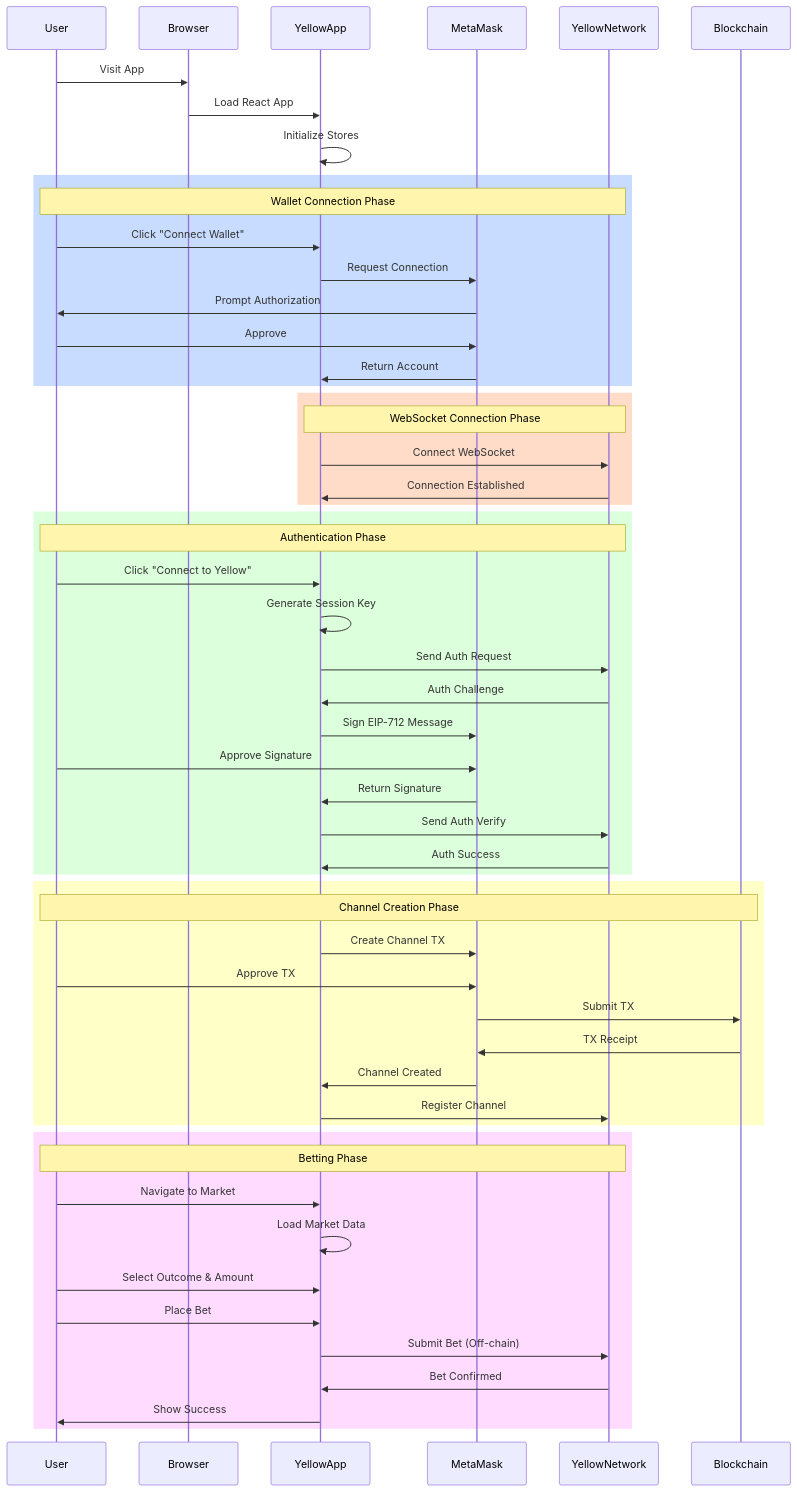
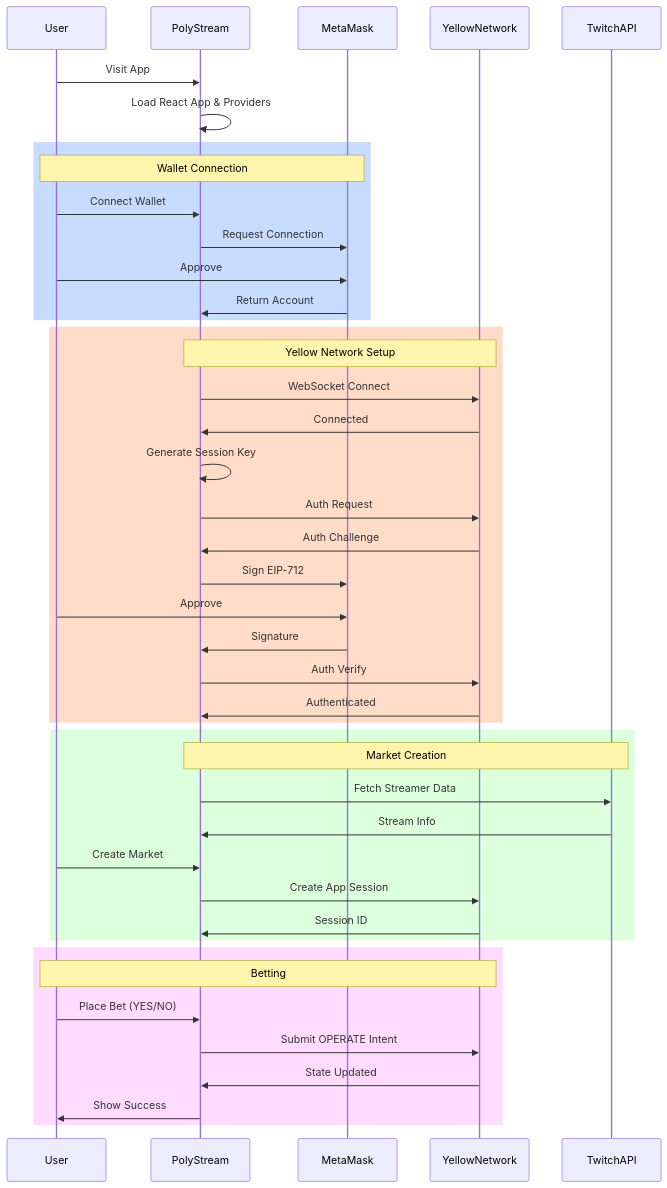
One commit to jael0x/hackmoney-poly-stream changed the first of 4 diagrams in agents/yellow-demo.md. Above: the diagram before and after it, drawn with Mermaid. The commit also changed other lines of this file and 10 other files, not shown here.

````diff
--- a/agents/yellow-demo.md
+++ b/agents/yellow-demo.md
@@ -187,62 +128,50 @@
 ```mermaid
 sequenceDiagram
     participant User
-    participant Browser
-    participant YellowApp
+    participant PolyStream
     participant MetaMask
     participant YellowNetwork
-    participant Blockchain
+    participant TwitchAPI
 
-    User->>Browser: Visit App
-    Browser->>YellowApp: Load React App
-    YellowApp->>YellowApp: Initialize Stores
+    User->>PolyStream: Visit App
+    PolyStream->>PolyStream: Load React App & Providers
 
     rect rgb(200, 220, 255)
-        Note over User,YellowNetwork: Wallet Connection Phase
-        User->>YellowApp: Click "Connect Wallet"
-        YellowApp->>MetaMask: Request Connection
-        MetaMask->>User: Prompt Authorization
+        Note over User,MetaMask: Wallet Connection
+        User->>PolyStream: Connect Wallet
+        PolyStream->>MetaMask: Request Connection
         User->>MetaMask: Approve
-        MetaMask->>YellowApp: Return Account
+        MetaMask->>PolyStream: Return Account
     end
 
     rect rgb(255, 220, 200)
-        Note over YellowApp,YellowNetwork: WebSocket Connection Phase
-        YellowApp->>YellowNetwork: Connect WebSocket
-        YellowNetwork->>YellowApp: Connection Established
+        Note over PolyStream,YellowNetwork: Yellow Network Setup
+        PolyStream->>YellowNetwork: WebSocket Connect
+        YellowNetwork->>PolyStream: Connected
+        PolyStream->>PolyStream: Generate Session Key
+        PolyStream->>YellowNetwork: Auth Request
+        YellowNetwork->>PolyStream: Auth Challenge
+        PolyStream->>MetaMask: Sign EIP-712
+        User->>MetaMask: Approve
+        MetaMask->>PolyStream: Signature
+        PolyStream->>YellowNetwork: Auth Verify
+        YellowNetwork->>PolyStream: Authenticated
     end
 
     rect rgb(220, 255, 220)
-        Note over User,YellowNetwork: Authentication Phase
-        User->>YellowApp: Click "Connect to Yellow"
-        YellowApp->>YellowApp: Generate Session Key
-        YellowApp->>YellowNetwork: Send Auth Request
-        YellowNetwork->>YellowApp: Auth Challenge
-        YellowApp->>MetaMask: Sign EIP-712 Message
-        User->>MetaMask: Approve Signature
-        MetaMask->>YellowApp: Return Signature
-        YellowApp->>YellowNetwork: Send Auth Verify
-        YellowNetwork->>YellowApp: Auth Success
-    end
-
-    rect rgb(255, 255, 200)
-        Note over User,Blockchain: Channel Creation Phase
-        YellowApp->>MetaMask: Create Channel TX
-        User->>MetaMask: Approve TX
-        MetaMask->>Blockchain: Submit TX
-        Blockchain->>MetaMask: TX Receipt
-        MetaMask->>YellowApp: Channel Created
-        YellowApp->>YellowNetwork: Register Channel
+        Note over PolyStream,TwitchAPI: Market Creation
+        PolyStream->>TwitchAPI: Fetch Streamer Data
+        TwitchAPI->>PolyStream: Stream Info
+        User->>PolyStream: Create Market
+        PolyStream->>YellowNetwork: Create App Session
+        YellowNetwork->>PolyStream: Session ID
     end
 
     rect rgb(255, 220, 255)
-        Note over User,YellowNetwork: Betting Phase
-        User->>YellowApp: Navigate to Market
-        YellowApp->>YellowApp: Load Market Data
-        User->>YellowApp: Select Outcome & Amount
-        User->>YellowApp: Place Bet
-        YellowApp->>YellowNetwork: Submit Bet (Off-chain)
-        YellowNetwork->>YellowApp: Bet Confirmed
-        YellowApp->>User: Show Success
+        Note over User,YellowNetwork: Betting
+        User->>PolyStream: Place Bet (YES/NO)
+        PolyStream->>YellowNetwork: Submit OPERATE Intent
+        YellowNetwork->>PolyStream: State Updated
+        PolyStream->>User: Show Success
     end
 ```
````
